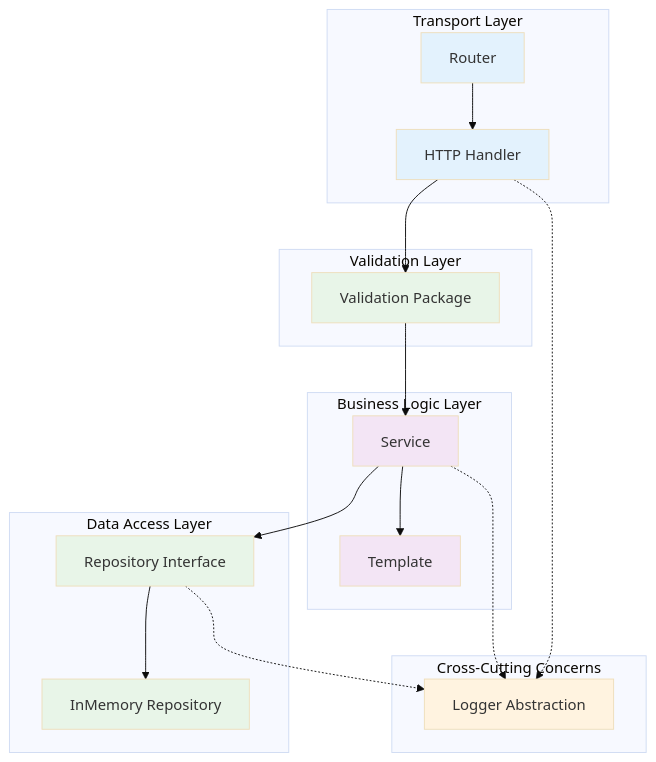
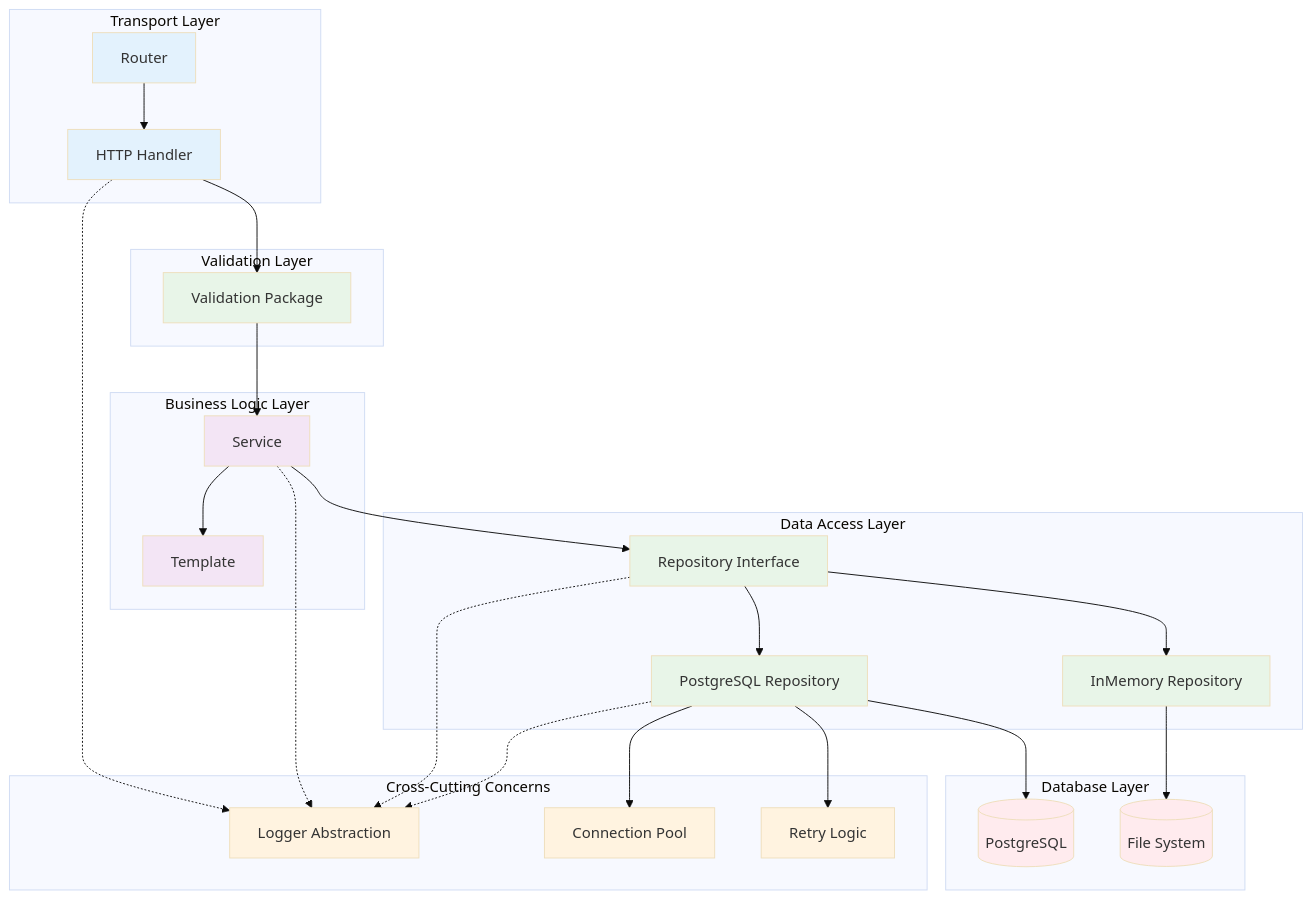
The diagram in README.md (IgorKilipenko/metrical), drawn with Mermaid (base theme) before and after one commit. The commit also changed other lines of this file and 3 other files, not shown here.

First line of the commit message:
docs: updated documentation for PostgreSQL support

````diff
--- a/README.md
+++ b/README.md
@@ -111,45 +114,64 @@
 ```mermaid
 graph TB
     subgraph "Transport Layer"
         H[HTTP Handler]
         R[Router]
     end
     
     subgraph "Validation Layer"
         V[Validation Package]
     end
     
     subgraph "Business Logic Layer"
         S[Service]
         T[Template]
     end
     
     subgraph "Data Access Layer"
         REPO[Repository Interface]
         IMR[InMemory Repository]
+        PGR[PostgreSQL Repository]
+    end
+    
+    subgraph "Database Layer"
+        PG[(PostgreSQL)]
+        FS[(File System)]
     end
     
     subgraph "Cross-Cutting Concerns"
         L[Logger Abstraction]
+        CP[Connection Pool]
+        RT[Retry Logic]
     end
     
     H --> V
     R --> H
     V --> S
     S --> REPO
     REPO --> IMR
+    REPO --> PGR
+    IMR --> FS
+    PGR --> PG
+    PGR --> CP
+    PGR --> RT
     S --> T
     
     H -.-> L
     S -.-> L
     REPO -.-> L
+    PGR -.-> L
     
     style H fill:#e3f2fd
     style R fill:#e3f2fd
     style V fill:#e8f5e8
     style S fill:#f3e5f5
     style T fill:#f3e5f5
     style REPO fill:#e8f5e8
     style IMR fill:#e8f5e8
+    style PGR fill:#e8f5e8
+    style PG fill:#ffebee
+    style FS fill:#ffebee
     style L fill:#fff3e0
+    style CP fill:#fff3e0
+    style RT fill:#fff3e0
 ```
````
